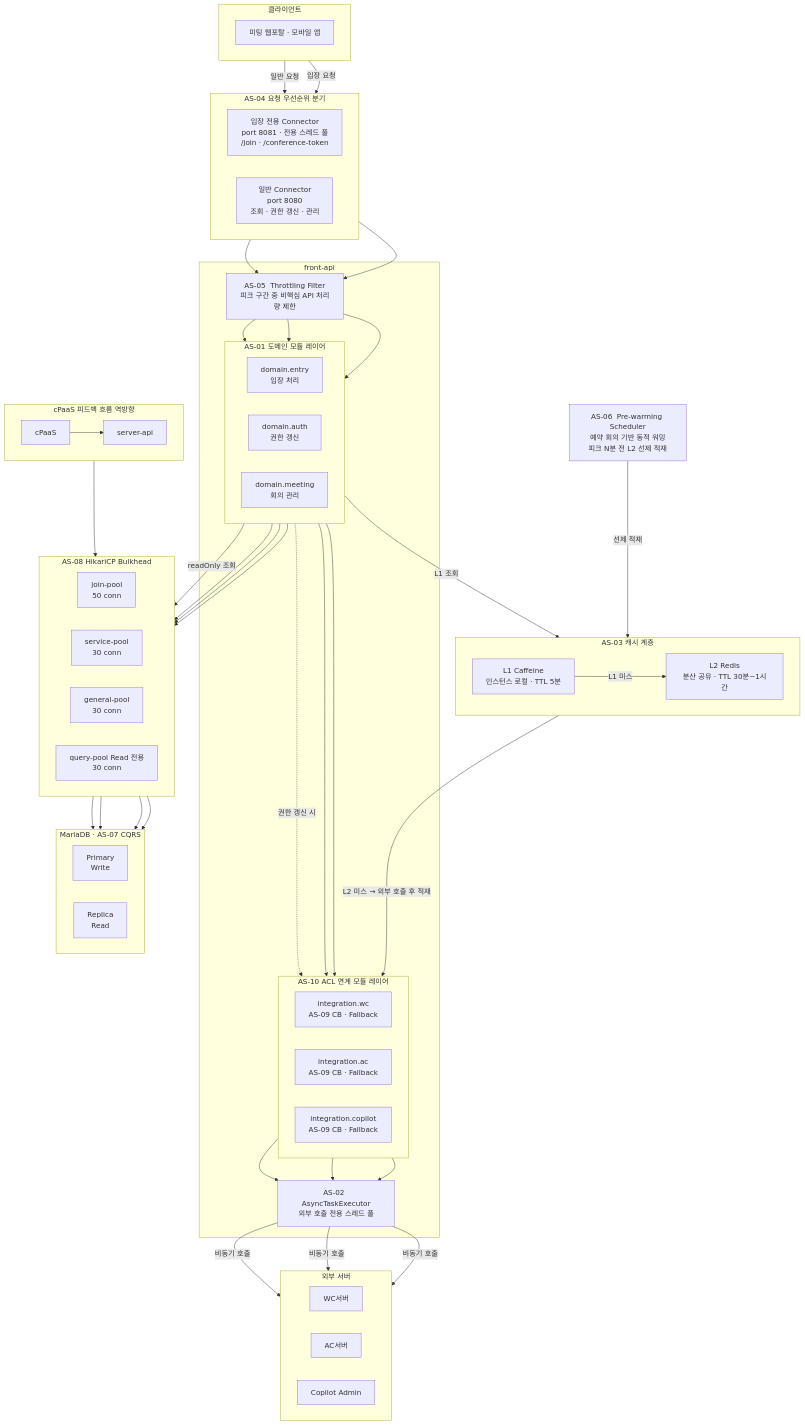
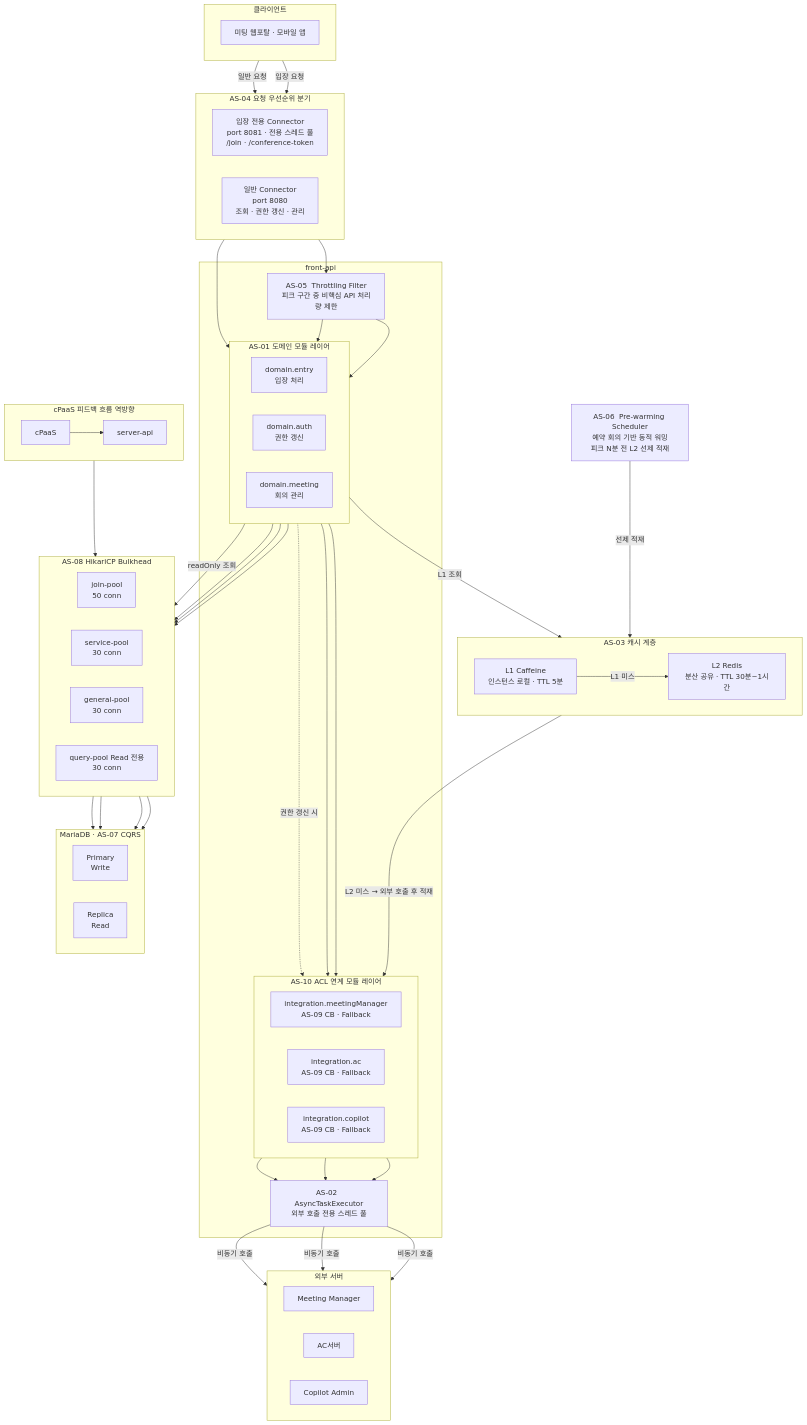
Before and after one commit to sujinnkim/A_Personal: the diagram in docs/05-architecture-design/4.1-conceptual/4.1.1-concept-diagram.md, drawn with Mermaid. The commit also changed other lines of this file and 2 other files, not shown here.

Commit message:
docs/report: 4.1 개념도 Meeting Manager 정합성 수정
- integration.wc → integration.meetingManager, WC서버 → Meeting Manager
  (입장 처리 외부 호출 대상은 WC서버 직접이 아닌 Meeting Manager 경유)
- JOIN_C(포트 8081) → THROT 우회 → domain.entry 직접 라우팅
  (AS-04 전용 커넥터 분리 취지와 일치, 면제 텍스트 주석 → 구조적 반영)
- 주요 설계 결정 테이블 외부 연계 경계 ISSUE-02 추가
  (AS-09 CB가 권한 갱신 외부 서버 장애도 차단, 3.2 AS-09 해결 이슈와 정합)
- docs/report 동기화 (4.1.1, 4.1.2)

```diff
--- a/docs/05-architecture-design/4.1-conceptual/4.1.1-concept-diagram.md
+++ b/docs/05-architecture-design/4.1-conceptual/4.1.1-concept-diagram.md
@@ -32,7 +32,7 @@
 
         subgraph ACL_MOD["AS-10  ACL 연계 모듈 레이어"]
             direction LR
-            WC_INT["integration.wc\nAS-09 CB · Fallback"]
+            MM_INT["integration.meetingManager\nAS-09 CB · Fallback"]
             AC_INT["integration.ac\nAS-09 CB · Fallback"]
             CP_INT["integration.copilot\nAS-09 CB · Fallback"]
         end
@@ -64,7 +64,7 @@
 
     subgraph EXT["외부 서버"]
         direction LR
-        WCS["WC서버"]
+        MM["Meeting Manager"]
         ACS["AC서버"]
         CPS["Copilot Admin"]
     end
@@ -78,8 +78,9 @@
     %% ── 요청 진입 ──────────────────────────────
     WEB -->|입장 요청| JOIN_C
     WEB -->|일반 요청| GEN_C
-    JOIN_C & GEN_C --> THROT
-    THROT --> ENTRY & AUTH_D & MEET
+    JOIN_C --> ENTRY
+    GEN_C --> THROT
+    THROT --> AUTH_D & MEET
 
     %% ── 캐시 흐름 ──────────────────────────────
     AUTH_D -->|L1 조회| L1
@@ -88,11 +89,11 @@
     PREWARM -->|선제 적재| L2
 
     %% ── ACL → Async → 외부 서버 ───────────────
-    ENTRY --> WC_INT
+    ENTRY --> MM_INT
     MEET --> AC_INT
     AUTH_D -.->|권한 갱신 시| CP_INT
-    WC_INT & AC_INT & CP_INT --> ASYNC
-    ASYNC -->|비동기 호출| WCS & ACS & CPS
+    MM_INT & AC_INT & CP_INT --> ASYNC
+    ASYNC -->|비동기 호출| MM & ACS & CPS
 
     %% ── Bulkhead 연결 ───────────────────────────
     ENTRY --> JP
```
